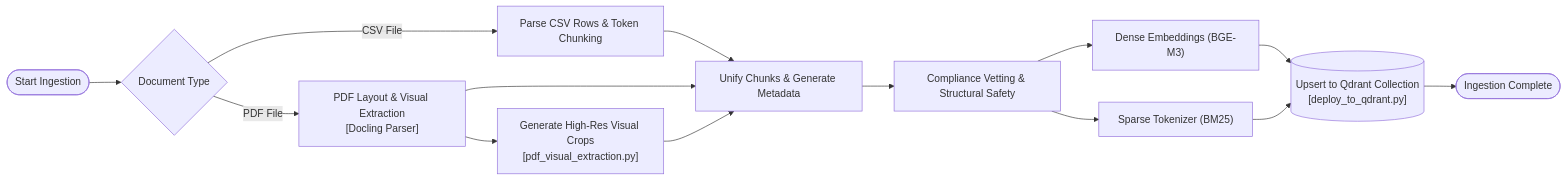
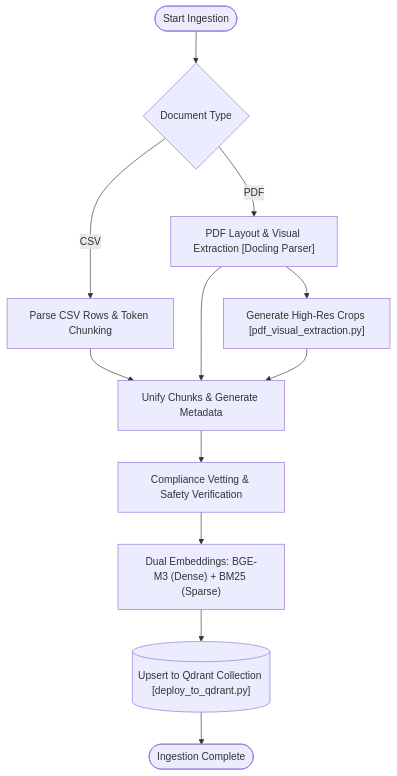
Before and after one commit to supriyap19967-creator/rag-system-v2: the second of 3 diagrams in README.md, drawn with Mermaid. The commit also changed other lines of this file, not shown here.

First line of the commit message:
Revise flowcharts and architecture in README

````diff
--- a/README.md
+++ b/README.md
@@ -151,18 +160,16 @@
 ```mermaid
-flowchart LR
+flowchart TD
     Start([Start Ingestion]) --> CheckType{Document Type}
     
-    CheckType -- CSV File --> CSVProc["Parse CSV Rows & Token Chunking"]
-    CheckType -- PDF File --> PDFProc["PDF Layout & Visual Extraction<br/>[Docling Parser]"]
+    CheckType -- CSV --> CSVProc["Parse CSV Rows & Token Chunking"]
+    CheckType -- PDF --> PDFProc["PDF Layout & Visual Extraction [Docling Parser]"]
     
-    PDFProc --> Cropper["Generate High-Res Visual Crops<br/>[pdf_visual_extraction.py]"]
+    PDFProc --> Cropper["Generate High-Res Crops [pdf_visual_extraction.py]"]
     
     CSVProc & PDFProc & Cropper --> ChunkCombine["Unify Chunks & Generate Metadata"]
-    ChunkCombine --> SafetyVetting["Compliance Vetting & Structural Safety"]
+    ChunkCombine --> SafetyVetting["Compliance Vetting & Safety Verification"]
     
-    SafetyVetting --> DenseVector["Dense Embeddings (BGE-M3)"]
-    SafetyVetting --> SparseVector["Sparse Tokenizer (BM25)"]
-    
-    DenseVector & SparseVector --> UploadQdrant[("Upsert to Qdrant Collection<br/>[deploy_to_qdrant.py]")]
+    SafetyVetting --> Embeddings["Dual Embeddings: BGE-M3 (Dense) + BM25 (Sparse)"]
+    Embeddings --> UploadQdrant[("Upsert to Qdrant Collection [deploy_to_qdrant.py]")]
     UploadQdrant --> EndIngest([Ingestion Complete])
 ```
````
